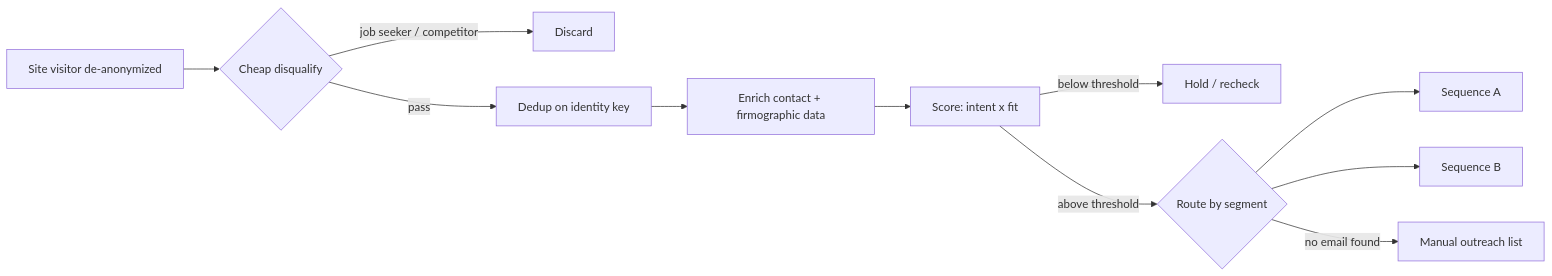
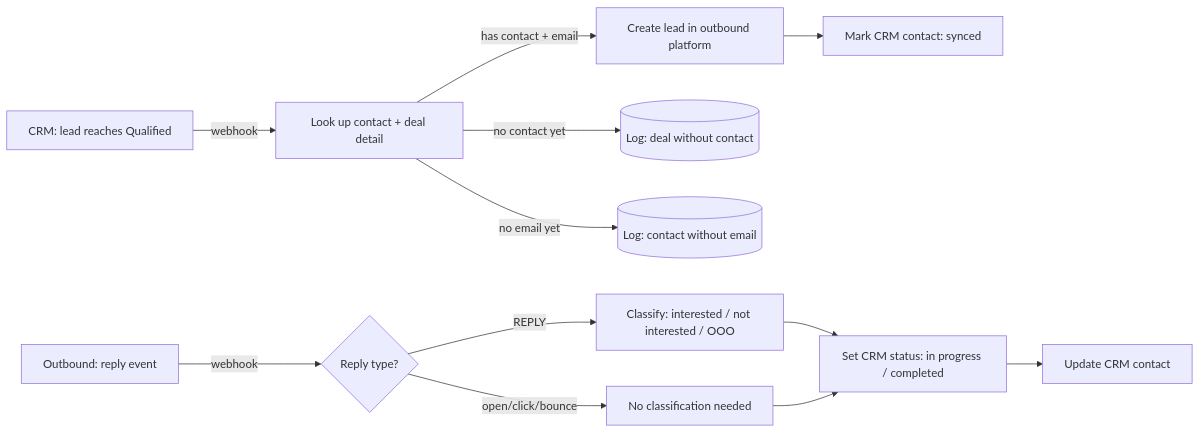
Before and after one commit to abbassaeedza/systems-case-studies: the diagram in crm-outbound-sync/README.md, drawn with Mermaid. The commit also changed other lines of this file and 3 other files, not shown here.

Commit message:
Split RB2B ICP router out of crm-outbound-sync (were conflated), add missing guest-post-prospecting-pipeline case study, fix source count to verified 10

````diff
--- a/crm-outbound-sync/README.md
+++ b/crm-outbound-sync/README.md
@@ -19,13 +19,15 @@
 ```mermaid
 flowchart LR
-    Visitor[Site visitor de-anonymized] --> Cheap{Cheap disqualify}
-    Cheap -- job seeker / competitor --> Drop[Discard]
-    Cheap -- pass --> Dedup[Dedup on identity key]
-    Dedup --> Enrich[Enrich contact + firmographic data]
-    Enrich --> Score[Score: intent x fit]
-    Score -- below threshold --> Hold[Hold / recheck]
-    Score -- above threshold --> Route{Route by segment}
-    Route --> SeqA[Sequence A]
-    Route --> SeqB[Sequence B]
-    Route -- no email found --> Fallback[Manual outreach list]
+    Qualify[CRM: lead reaches Qualified] -- webhook --> Lookup[Look up contact + deal detail]
+    Lookup -- has contact + email --> Create[Create lead in outbound platform]
+    Lookup -- no contact yet --> SideA[(Log: deal without contact)]
+    Lookup -- no email yet --> SideB[(Log: contact without email)]
+    Create --> Mark[Mark CRM contact: synced]
+
+    Reply[Outbound: reply event] -- webhook --> Classify{Reply type?}
+    Classify -- REPLY --> LLM[Classify: interested / not interested / OOO]
+    Classify -- open/click/bounce --> Skip[No classification needed]
+    LLM --> Status[Set CRM status: in progress / completed]
+    Skip --> Status
+    Status --> Update[Update CRM contact]
 ```
````
